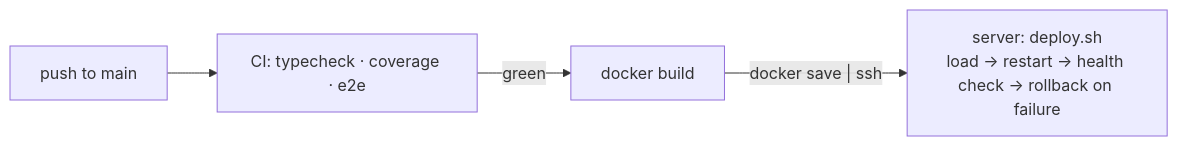
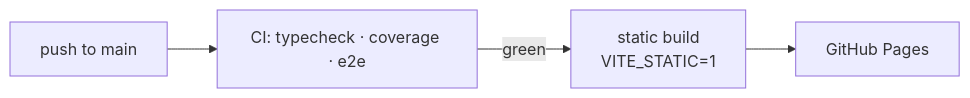
The third of 3 diagrams in README.md (Elkhan-Isayev/lovely-farm.fun), drawn with Mermaid before and after one commit. The commit also changed other lines of this file and 29 other files, not shown here.

First line of the commit message:
Publish on GitHub Pages as a static single-player build

````diff
--- a/README.md
+++ b/README.md
@@ -332,6 +333,6 @@
 ```mermaid
 flowchart LR
     PUSH["push to main"] --> TEST["CI: typecheck · coverage · e2e"]
-    TEST -->|green| BUILD["docker build"]
-    BUILD -->|"docker save | ssh"| SRV["server: deploy.sh<br/>load → restart → health check → rollback on failure"]
+    TEST -->|green| BUILD["static build<br/>VITE_STATIC=1"]
+    BUILD --> PAGES["GitHub Pages"]
 ```
````
